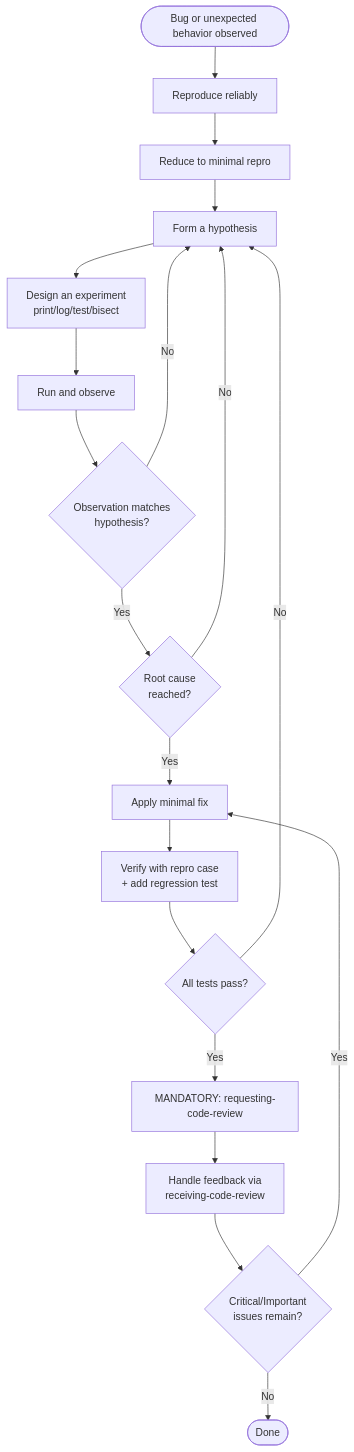
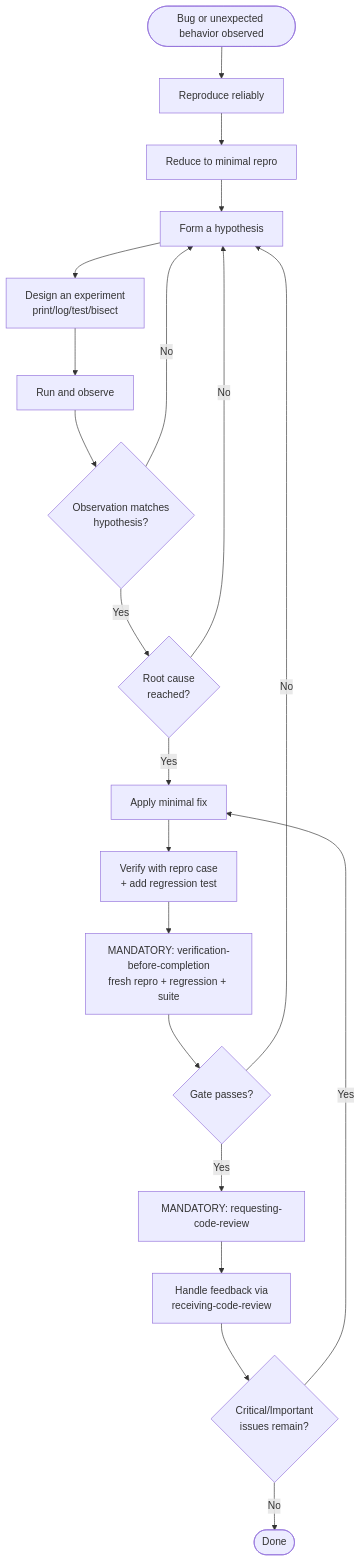
One commit to wintermaples/spec-coexist changed the diagram in .claude/skills/systematic-debugging/SKILL.md. Above: the diagram before and after it, drawn with Mermaid. The commit also changed other lines of this file and 6 other files, not shown here.

First line of the commit message:
Add verification-before-completion skill and wire it as a MUST gate

````diff
--- a/.claude/skills/systematic-debugging/SKILL.md
+++ b/.claude/skills/systematic-debugging/SKILL.md
@@ -29,21 +30,22 @@
 ```mermaid
 flowchart TD
     Start([Bug or unexpected behavior observed]) --> R1[Reproduce reliably]
     R1 --> R2[Reduce to minimal repro]
     R2 --> H[Form a hypothesis]
     H --> P[Design an experiment<br/>print/log/test/bisect]
     P --> O[Run and observe]
     O --> J{Observation matches<br/>hypothesis?}
     J -- No --> H
     J -- Yes --> Root{Root cause<br/>reached?}
     Root -- No --> H
     Root -- Yes --> Fix[Apply minimal fix]
     Fix --> Test[Verify with repro case<br/>+ add regression test]
-    Test --> Pass{All tests pass?}
+    Test --> Gate[MANDATORY: verification-before-completion<br/>fresh repro + regression + suite]
+    Gate --> Pass{Gate passes?}
     Pass -- No --> H
     Pass -- Yes --> Review[MANDATORY: requesting-code-review]
     Review --> DFeedback[Handle feedback via<br/>receiving-code-review]
     DFeedback --> DCrit{Critical/Important<br/>issues remain?}
     DCrit -- Yes --> Fix
     DCrit -- No --> End([Done])
 ```
````
